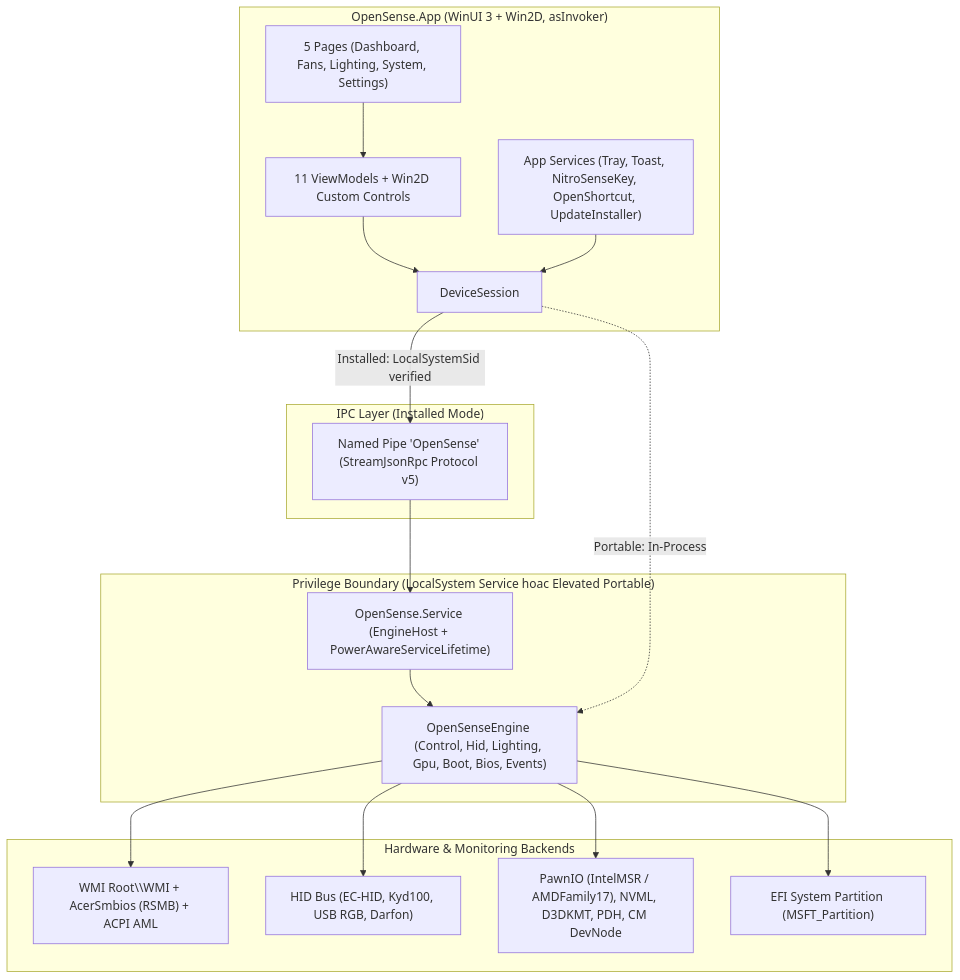
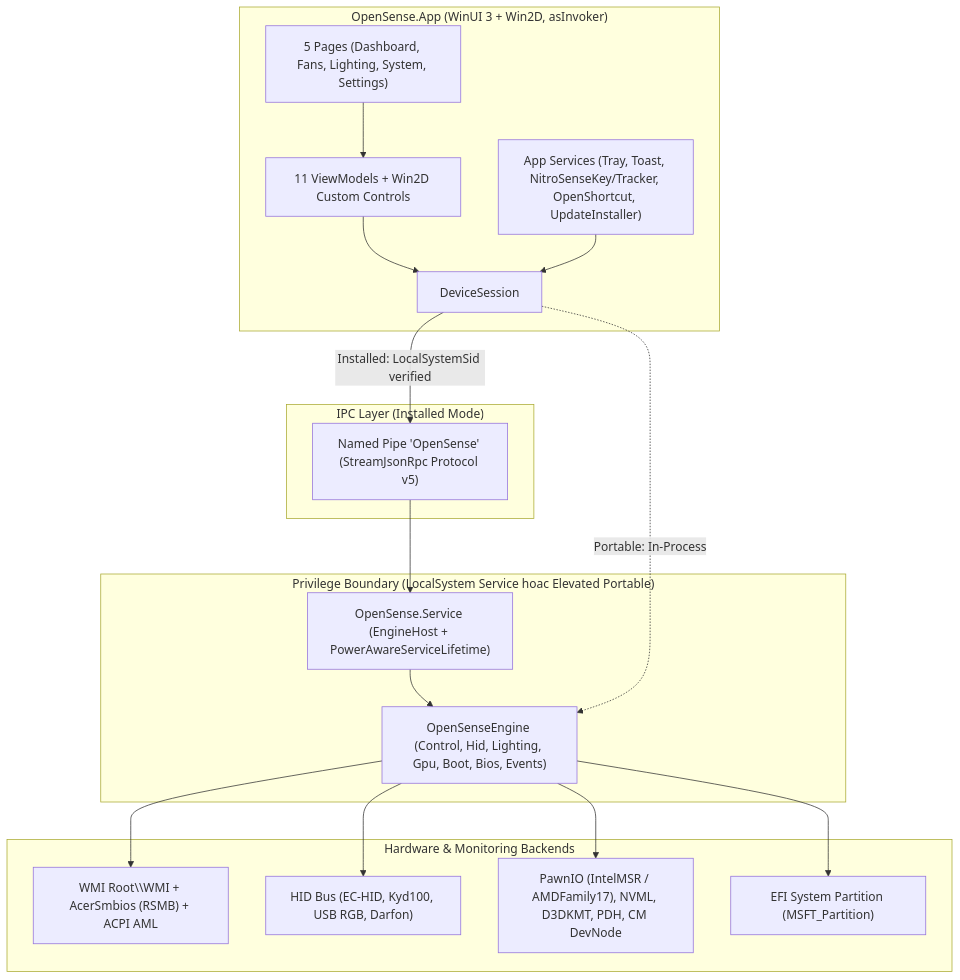
The diagram in SOURCE_SCAN.md (archivesteak/opensense), drawn with Mermaid before and after one commit. The commit also changed other lines of this file, not shown here.

````diff
--- a/SOURCE_SCAN.md
+++ b/SOURCE_SCAN.md
@@ -35,34 +35,34 @@
 ```mermaid
 flowchart TB
     subgraph UI["OpenSense.App (WinUI 3 + Win2D, asInvoker)"]
         Views["5 Pages (Dashboard, Fans, Lighting, System, Settings)"]
         VMs["11 ViewModels + Win2D Custom Controls"]
-        AppSvc["App Services (Tray, Toast, NitroSenseKey, OpenShortcut, UpdateInstaller)"]
+        AppSvc["App Services (Tray, Toast, NitroSenseKey/Tracker, OpenShortcut, UpdateInstaller)"]
         Session["DeviceSession"]
         Views --> VMs --> Session
         AppSvc --> Session
     end
 
     subgraph IPC["IPC Layer (Installed Mode)"]
         Pipe["Named Pipe 'OpenSense' (StreamJsonRpc Protocol v5)"]
     end
 
     subgraph Host["Privilege Boundary (LocalSystem Service hoac Elevated Portable)"]
         Svc["OpenSense.Service (EngineHost + PowerAwareServiceLifetime)"]
         Engine["OpenSenseEngine (Control, Hid, Lighting, Gpu, Boot, Bios, Events)"]
     end
 
     subgraph HW["Hardware & Monitoring Backends"]
         WMI["WMI Root\\WMI + AcerSmbios (RSMB) + ACPI AML"]
         HID["HID Bus (EC-HID, Kyd100, USB RGB, Darfon)"]
         Sensors["PawnIO (IntelMSR / AMDFamily17), NVML, D3DKMT, PDH, CM DevNode"]
         ESP["EFI System Partition (MSFT_Partition)"]
     end
 
     Session -- "Installed: LocalSystemSid verified" --> Pipe --> Svc --> Engine
     Session -. "Portable: In-Process" .-> Engine
     Engine --> WMI
     Engine --> HID
     Engine --> Sensors
     Engine --> ESP
 ```
````
